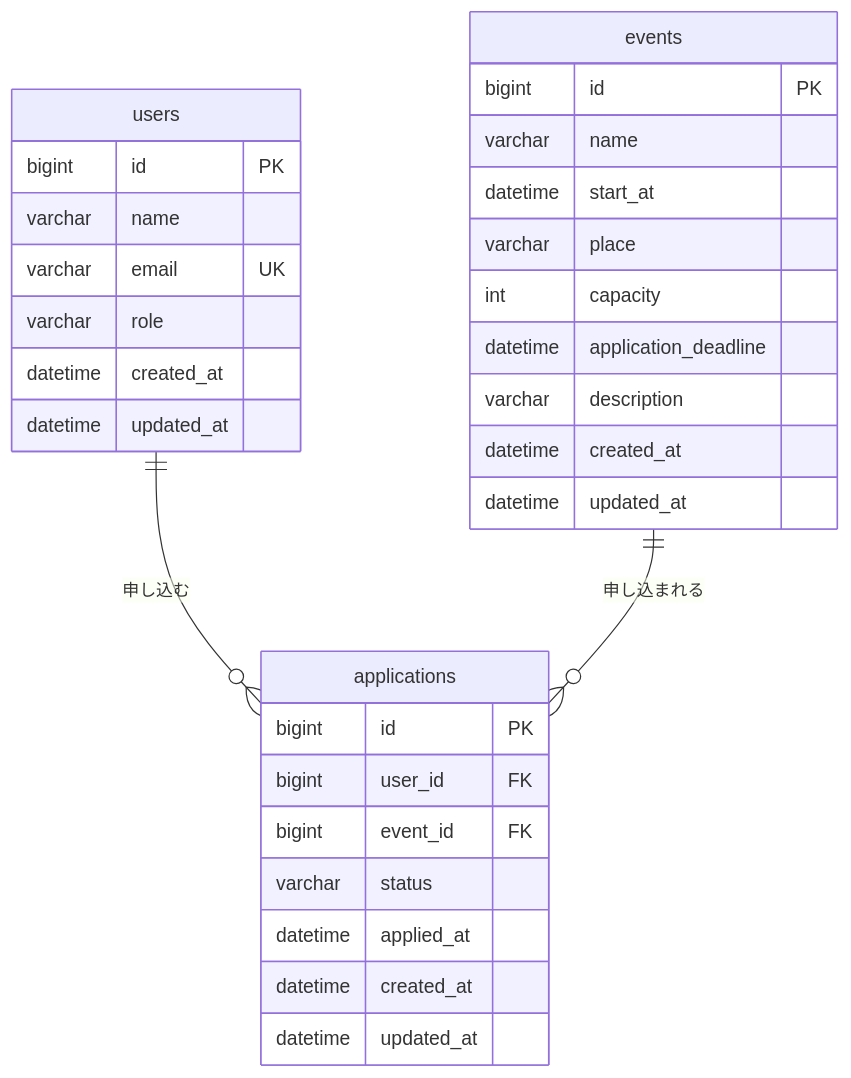
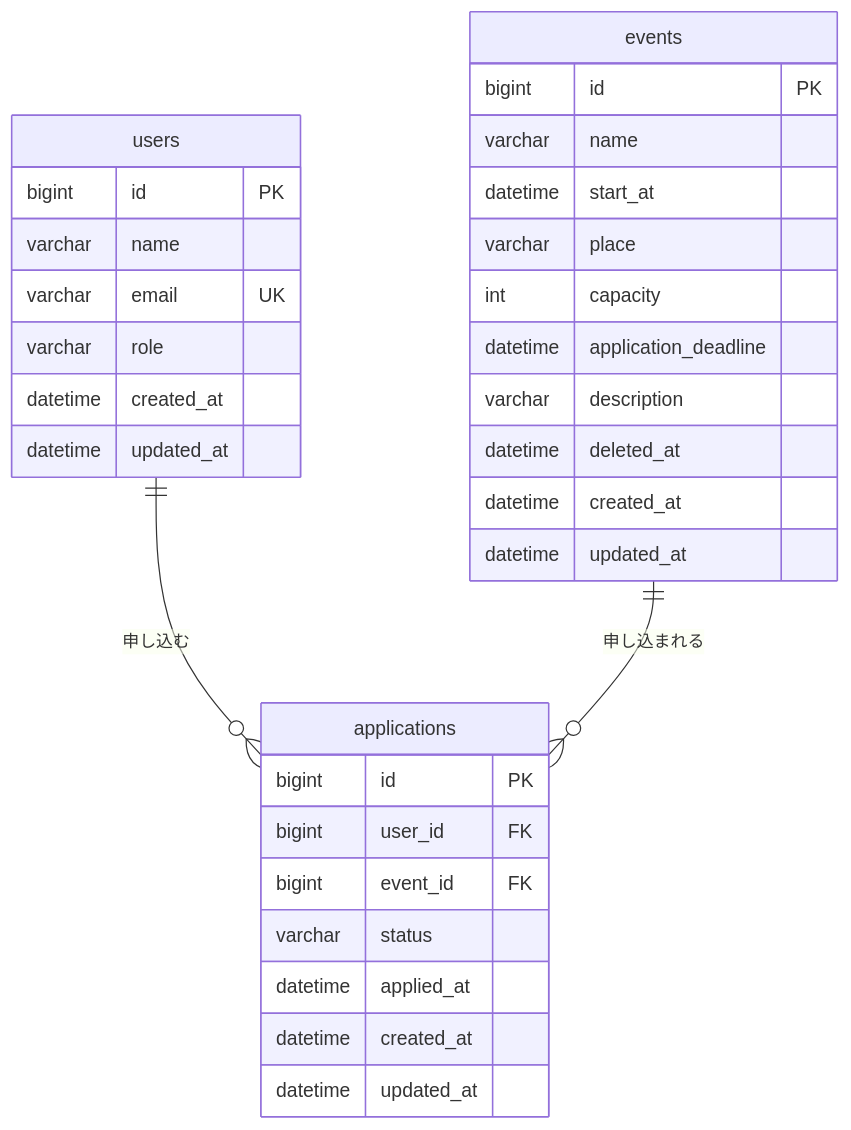
The diagram in docs/design/テーブル定義書_v1.0.md (sasaki111111/event-application-system), drawn with Mermaid before and after one commit. The commit also changed other lines of this file and 21 other files, not shown here.

````diff
--- a/docs/design/テーブル定義書_v1.0.md
+++ b/docs/design/テーブル定義書_v1.0.md
@@ -20,34 +20,35 @@
 ```mermaid
 erDiagram
   users ||--o{ applications : "申し込む"
   events ||--o{ applications : "申し込まれる"
 
   users {
     bigint id PK
     varchar name
     varchar email UK
     varchar role
     datetime created_at
     datetime updated_at
   }
   events {
     bigint id PK
     varchar name
     datetime start_at
     varchar place
     int capacity
     datetime application_deadline
     varchar description
+    datetime deleted_at
     datetime created_at
     datetime updated_at
   }
   applications {
     bigint id PK
     bigint user_id FK
     bigint event_id FK
     varchar status
     datetime applied_at
     datetime created_at
     datetime updated_at
   }
 ```
````
